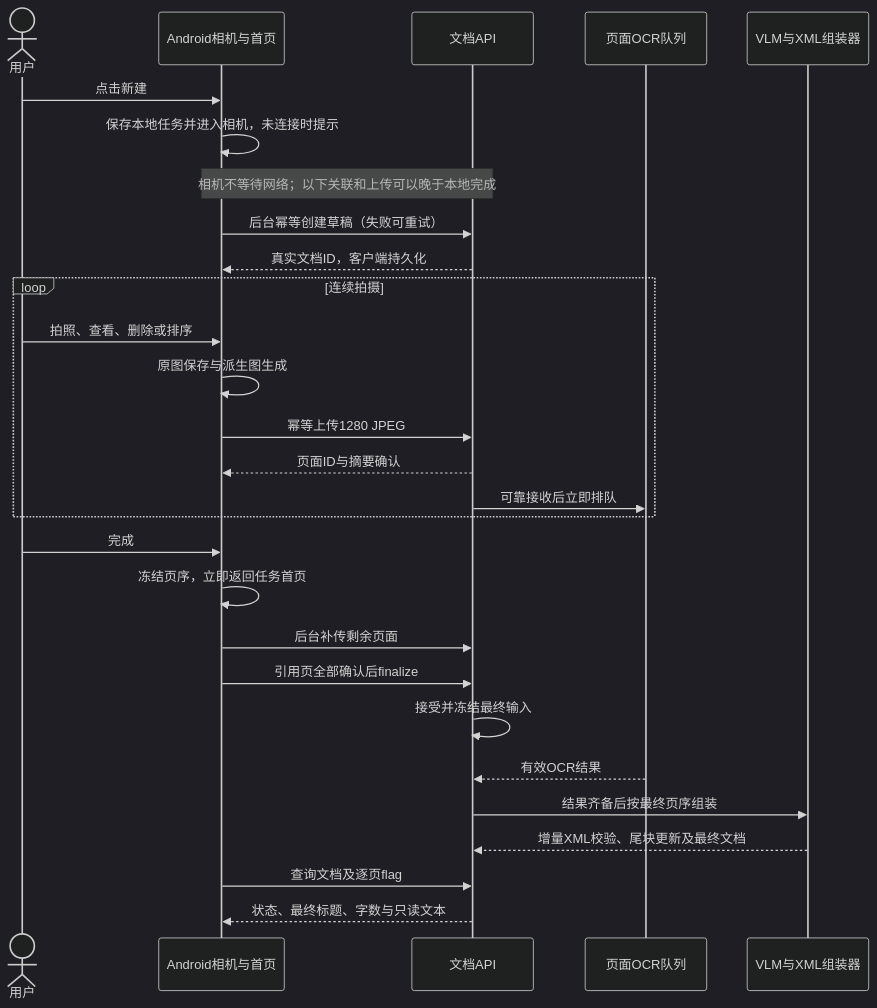
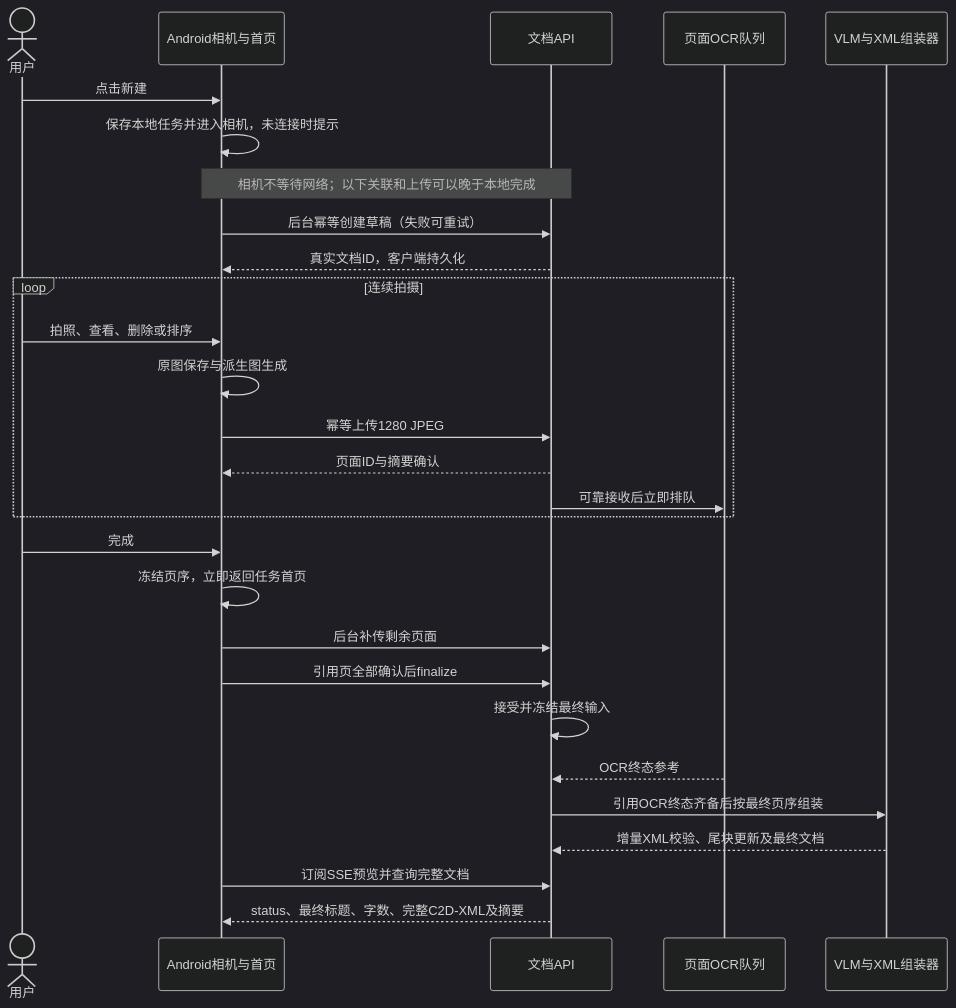
One commit to liuzijian-cs/capture2doc changed the second of 2 diagrams in docs/capture_pipeline.md. Above: the diagram before and after it, drawn with Mermaid (dark theme). The commit also changed other lines of this file and 4 other files, not shown here.

````diff
--- a/docs/capture_pipeline.md
+++ b/docs/capture_pipeline.md
@@ -71,30 +73,30 @@
 ```mermaid
 sequenceDiagram
     actor User as 用户
     participant App as Android相机与首页
     participant API as 文档API
     participant OCR as 页面OCR队列
     participant VLM as VLM与XML组装器
     User->>App: 点击新建
     App->>App: 保存本地任务并进入相机，未连接时提示
     Note over App,API: 相机不等待网络；以下关联和上传可以晚于本地完成
     App->>API: 后台幂等创建草稿（失败可重试）
     API-->>App: 真实文档ID，客户端持久化
     loop 连续拍摄
         User->>App: 拍照、查看、删除或排序
         App->>App: 原图保存与派生图生成
         App->>API: 幂等上传1280 JPEG
         API-->>App: 页面ID与摘要确认
         API->>OCR: 可靠接收后立即排队
     end
     User->>App: 完成
     App->>App: 冻结页序，立即返回任务首页
     App->>API: 后台补传剩余页面
     App->>API: 引用页全部确认后finalize
     API->>API: 接受并冻结最终输入
-    OCR-->>API: 有效OCR结果
-    API->>VLM: 结果齐备后按最终页序组装
+    OCR-->>API: OCR终态参考
+    API->>VLM: 引用OCR终态齐备后按最终页序组装
     VLM-->>API: 增量XML校验、尾块更新及最终文档
-    App->>API: 查询文档及逐页flag
-    API-->>App: 状态、最终标题、字数与只读文本
+    App->>API: 订阅SSE预览并查询完整文档
+    API-->>App: status、最终标题、字数、完整C2D-XML及摘要
 ```
````
